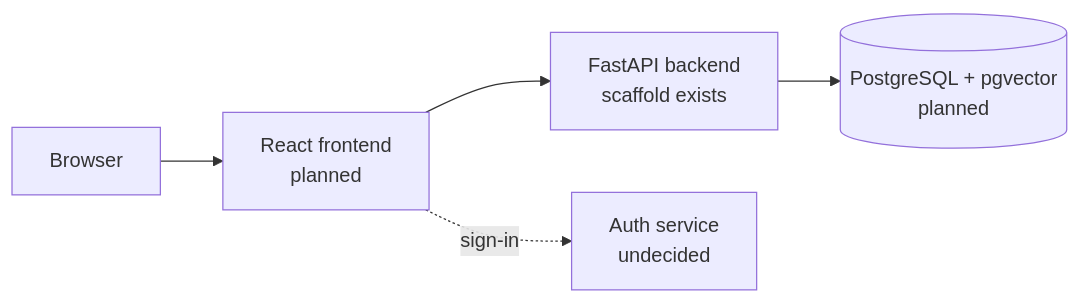
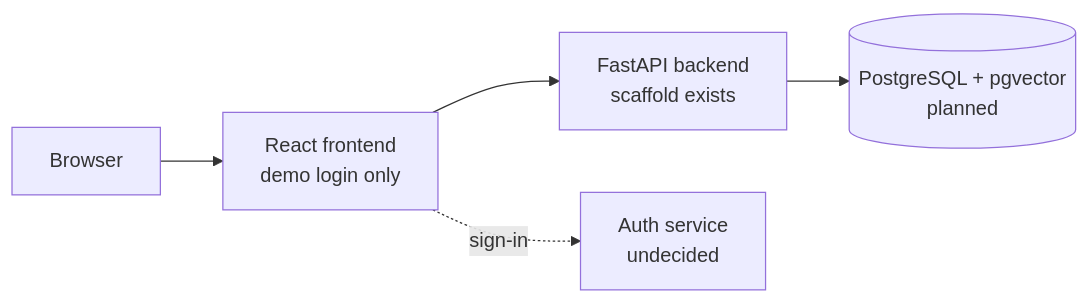
Before and after one commit to Splash791/beaverlink: the second of 2 diagrams in docs/design.md, drawn with Mermaid. The commit also changed other lines of this file and 22 other files, not shown here.

First line of the commit message:
feat: add front-end-only demo login

````diff
--- a/docs/design.md
+++ b/docs/design.md
@@ -26,7 +26,7 @@
 ```mermaid
 flowchart LR
-  U[Browser] --> FE[React frontend<br/>planned]
+  U[Browser] --> FE[React frontend<br/>demo login only]
   FE --> API[FastAPI backend<br/>scaffold exists]
   API --> DB[(PostgreSQL + pgvector<br/>planned)]
   FE -.sign-in.-> AUTH[Auth service<br/>undecided]
 ```
````
